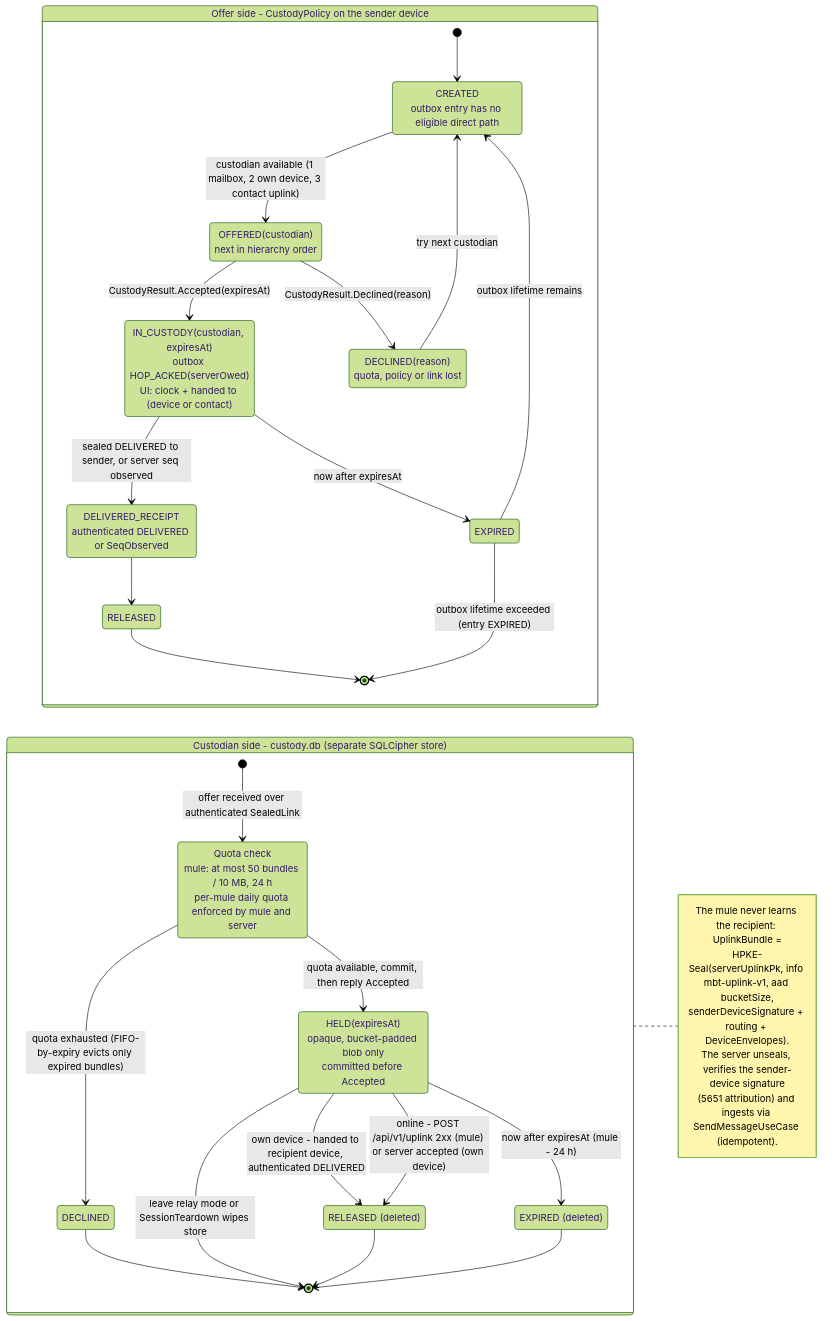
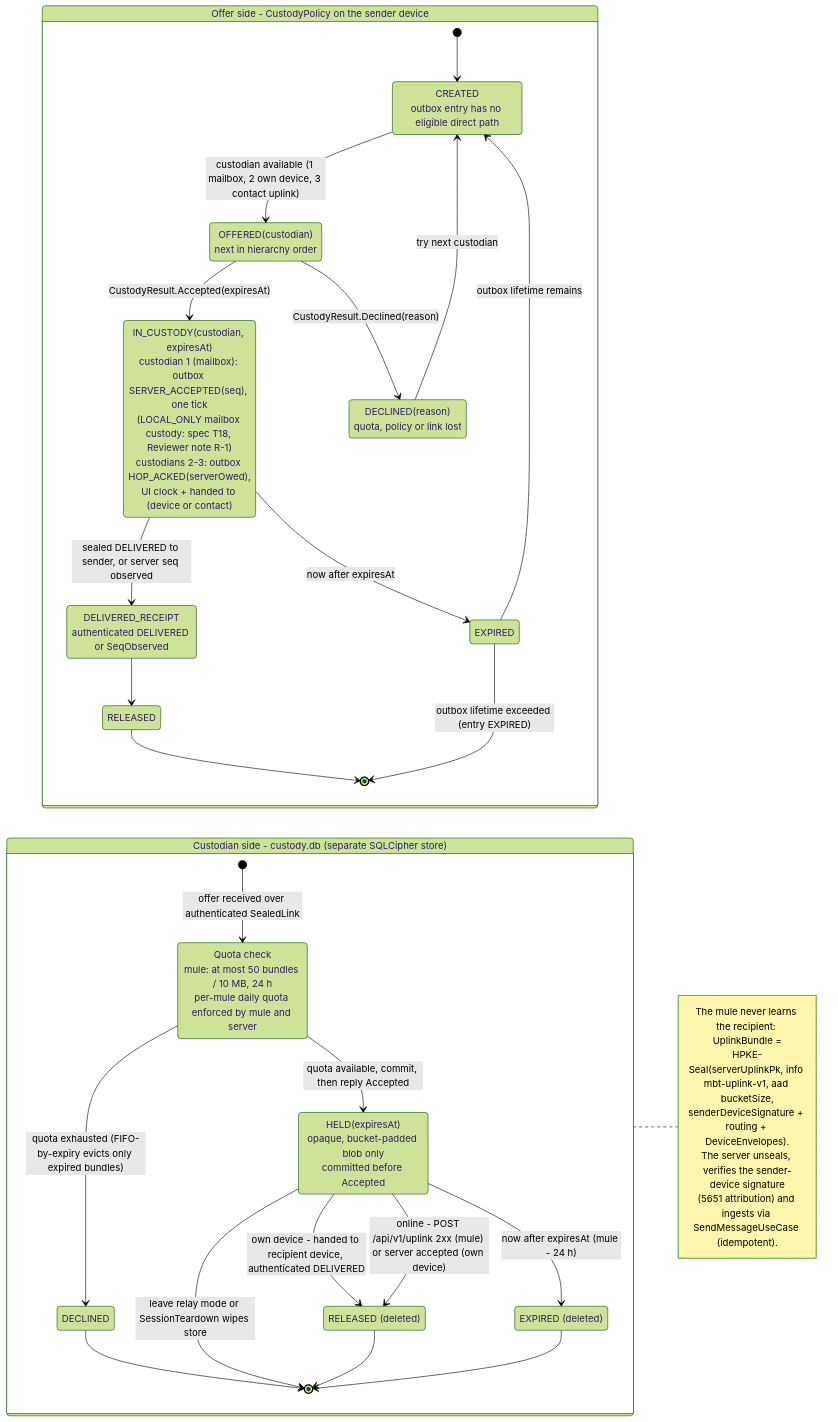
The diagram in docs/diagrams/custody-state-machine.mmd (ahmetabdullahgultekin/Muhabbet), drawn with Mermaid (forest theme) before and after one commit. The commit also changed 58 other files, not shown here.

```diff
--- a/docs/diagrams/custody-state-machine.mmd
+++ b/docs/diagrams/custody-state-machine.mmd
@@ -1,68 +1,68 @@
 %% Bundle custody state machines for INDIRECT delivery (1.3 Relay, gated and droppable).
 %% ADRs: ADR-0025 (custody hierarchy, single-hop sealed uplink), ADR-0021 (server mailbox = custodian 1),
 %%       ADR-0013 (HOP_ACKED / serverOwed, ticks), ADR-0020 (custody.db is a separate encrypted store),
 %%       ADR-0029 (scope: groups above the cap, channels, communities only ever use custodian 1).
 %% Status: Proposed (gated) - pending owner approval in docs/architecture/multi-transport/APPROVAL.md.
 %%   No code before approval. 1.3 entry gate: 1.2 shipped, telemetry over owner threshold (Q-O5), external crypto
 %%   review of uplink sealing, written KVKK opinion (Q-L5), DPIA. Kill criteria in ADR-0025.
 %% Source of truth: decision brief sections 6.2, 9; rows C01-C05 and K01-K06 in
 %%   docs/architecture/multi-transport/delivery-engine-spec.md section 9.
 %% Evidence: LEG-04 (stranger custody fails KVKK), PROX-03, C6 (PoW rejected), C7 (no clear recipient hash), GEM-08.
 %% BPv7 concepts borrowed (not the codec): lifetime, status reports RECEIVED / CUSTODY_ACCEPTED / DELIVERED / DELETED_EXPIRED.
 %% Rules:
 %%   1. Custodians are offered strictly in order: (1) server mailbox, (2) own linked devices, (3) verified contact
 %%      uplink mule. Multi-hop contact mules are research (R-DTN), strangers never.
 %%   2. The custodian commits the bundle BEFORE replying Accepted (persist before ack, P4).
 %%   3. Custody is released only on an authenticated DELIVERED (sealed to the sender) or on expiry.
 %%   4. LOCAL_ONLY may use custodians 2-3 only once Q-O3 (receipt retention) is decided.
 stateDiagram-v2
     direction LR
 
     state "Offer side - CustodyPolicy on the sender device" as OfferSM {
         state "CREATED<br/>outbox entry has no eligible direct path" as C_Created
         state "OFFERED(custodian)<br/>next in hierarchy order" as C_Offered
         state "DECLINED(reason)<br/>quota, policy or link lost" as C_Declined
-        state "IN_CUSTODY(custodian, expiresAt)<br/>outbox HOP_ACKED(serverOwed)<br/>UI: clock + handed to (device or contact)" as C_InCustody
+        state "IN_CUSTODY(custodian, expiresAt)<br/>custodian 1 (mailbox): outbox SERVER_ACCEPTED(seq), one tick<br/>(LOCAL_ONLY mailbox custody: spec T18, Reviewer note R-1)<br/>custodians 2-3: outbox HOP_ACKED(serverOwed),<br/>UI clock + handed to (device or contact)" as C_InCustody
         state "DELIVERED_RECEIPT<br/>authenticated DELIVERED or SeqObserved" as C_Delivered
         state "RELEASED" as C_Released
         state "EXPIRED" as C_Expired
 
         [*] --> C_Created
         C_Created --> C_Offered : custodian available (1 mailbox, 2 own device, 3 contact uplink)
         C_Offered --> C_InCustody : CustodyResult.Accepted(expiresAt)
         C_Offered --> C_Declined : CustodyResult.Declined(reason)
         C_Declined --> C_Created : try next custodian
         C_InCustody --> C_Delivered : sealed DELIVERED to sender, or server seq observed
         C_Delivered --> C_Released
         C_Released --> [*]
         C_InCustody --> C_Expired : now after expiresAt
         C_Expired --> C_Created : outbox lifetime remains
         C_Expired --> [*] : outbox lifetime exceeded (entry EXPIRED)
     }
 
     state "Custodian side - custody.db (separate SQLCipher store)" as HoldSM {
         state "Quota check<br/>mule: at most 50 bundles / 10 MB, 24 h<br/>per-mule daily quota enforced by mule and server" as K_Quota
         state "HELD(expiresAt)<br/>opaque, bucket-padded blob only<br/>committed before Accepted" as K_Held
         state "RELEASED (deleted)" as K_Released
         state "EXPIRED (deleted)" as K_Expired
         state "DECLINED" as K_Declined
 
         [*] --> K_Quota : offer received over authenticated SealedLink
         K_Quota --> K_Held : quota available, commit, then reply Accepted
         K_Quota --> K_Declined : quota exhausted (FIFO-by-expiry evicts only expired bundles)
         K_Declined --> [*]
         K_Held --> K_Released : own device - handed to recipient device, authenticated DELIVERED
         K_Held --> K_Released : online - POST /api/v1/uplink 2xx (mule) or server accepted (own device)
         K_Held --> K_Expired : now after expiresAt (mule - 24 h)
         K_Held --> [*] : leave relay mode or SessionTeardown wipes store
         K_Released --> [*]
         K_Expired --> [*]
     }
 
     note right of HoldSM
         The mule never learns the recipient: UplinkBundle =
         HPKE-Seal(serverUplinkPk, info mbt-uplink-v1, aad bucketSize,
         senderDeviceSignature + routing + DeviceEnvelopes).
         The server unseals, verifies the sender-device signature
         (5651 attribution) and ingests via SendMessageUseCase (idempotent).
     end note
```
